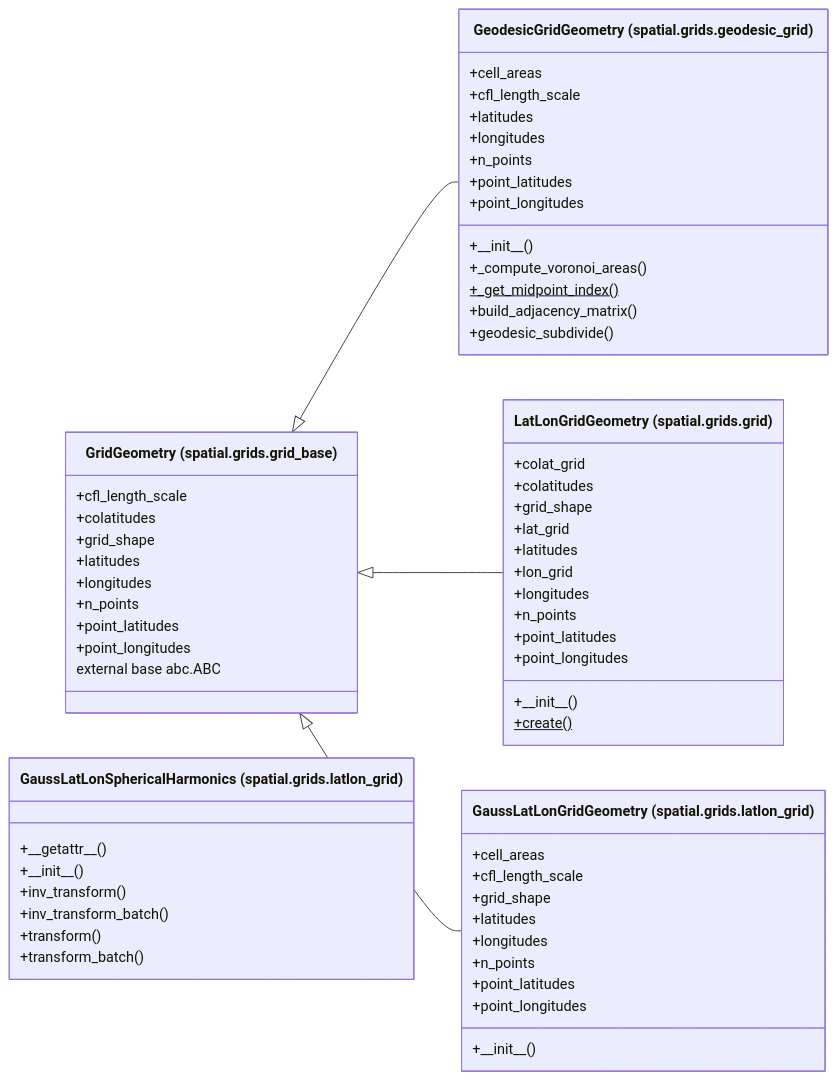
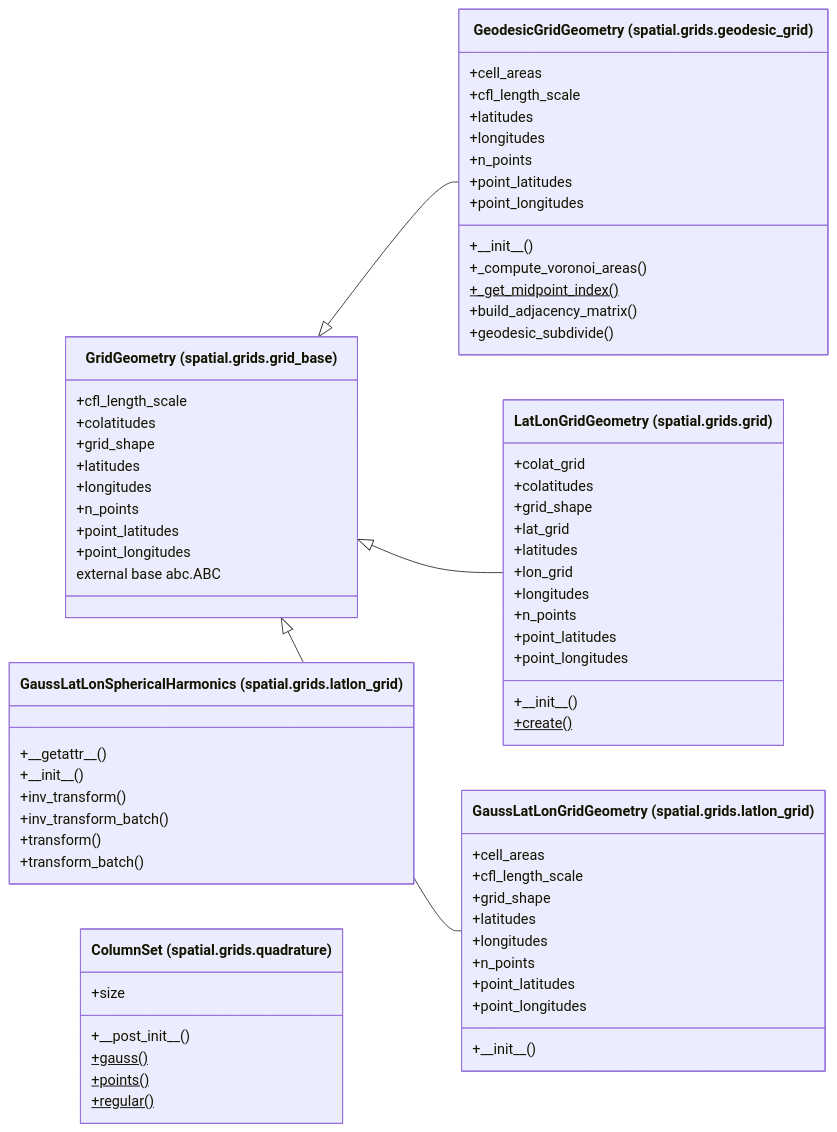
Before and after one commit to AlexandreEros/Palintropos: the second of 2 diagrams in docs/architecture/current/packages/tropoi.spatial.grids.md, drawn with Mermaid. The commit also changed other lines of this file and 47 other files, not shown here.

First line of the commit message:
Canonical horizontal quadrature and vertical meshes in the spatial layer (#76)

````diff
--- a/docs/architecture/current/packages/tropoi.spatial.grids.md
+++ b/docs/architecture/current/packages/tropoi.spatial.grids.md
@@ -72,62 +88,68 @@
 ```mermaid
 %% Generated by tools.architecture 2.3.0. Do not edit by hand.
 %% Classes of tropoi.spatial.grids
 classDiagram
     direction LR
     class c_tropoi_ospatial_ogrids_ogeodesic__grid_oGeodesicGridGeometry["GeodesicGridGeometry (spatial.grids.geodesic#95;grid)"]
     c_tropoi_ospatial_ogrids_ogeodesic__grid_oGeodesicGridGeometry : +#95;#95;init#95;#95;()
     c_tropoi_ospatial_ogrids_ogeodesic__grid_oGeodesicGridGeometry : +#95;compute#95;voronoi#95;areas()
     c_tropoi_ospatial_ogrids_ogeodesic__grid_oGeodesicGridGeometry : +#95;get#95;midpoint#95;index()$
     c_tropoi_ospatial_ogrids_ogeodesic__grid_oGeodesicGridGeometry : +build#95;adjacency#95;matrix()
     c_tropoi_ospatial_ogrids_ogeodesic__grid_oGeodesicGridGeometry : +cell#95;areas
     c_tropoi_ospatial_ogrids_ogeodesic__grid_oGeodesicGridGeometry : +cfl#95;length#95;scale
     c_tropoi_ospatial_ogrids_ogeodesic__grid_oGeodesicGridGeometry : +geodesic#95;subdivide()
     c_tropoi_ospatial_ogrids_ogeodesic__grid_oGeodesicGridGeometry : +latitudes
     c_tropoi_ospatial_ogrids_ogeodesic__grid_oGeodesicGridGeometry : +longitudes
     c_tropoi_ospatial_ogrids_ogeodesic__grid_oGeodesicGridGeometry : +n#95;points
     c_tropoi_ospatial_ogrids_ogeodesic__grid_oGeodesicGridGeometry : +point#95;latitudes
     c_tropoi_ospatial_ogrids_ogeodesic__grid_oGeodesicGridGeometry : +point#95;longitudes
     class c_tropoi_ospatial_ogrids_ogrid_oLatLonGridGeometry["LatLonGridGeometry (spatial.grids.grid)"]
     c_tropoi_ospatial_ogrids_ogrid_oLatLonGridGeometry : +#95;#95;init#95;#95;()
     c_tropoi_ospatial_ogrids_ogrid_oLatLonGridGeometry : +colat#95;grid
     c_tropoi_ospatial_ogrids_ogrid_oLatLonGridGeometry : +colatitudes
     c_tropoi_ospatial_ogrids_ogrid_oLatLonGridGeometry : +create()$
     c_tropoi_ospatial_ogrids_ogrid_oLatLonGridGeometry : +grid#95;shape
     c_tropoi_ospatial_ogrids_ogrid_oLatLonGridGeometry : +lat#95;grid
     c_tropoi_ospatial_ogrids_ogrid_oLatLonGridGeometry : +latitudes
     c_tropoi_ospatial_ogrids_ogrid_oLatLonGridGeometry : +lon#95;grid
     c_tropoi_ospatial_ogrids_ogrid_oLatLonGridGeometry : +longitudes
     c_tropoi_ospatial_ogrids_ogrid_oLatLonGridGeometry : +n#95;points
     c_tropoi_ospatial_ogrids_ogrid_oLatLonGridGeometry : +point#95;latitudes
     c_tropoi_ospatial_ogrids_ogrid_oLatLonGridGeometry : +point#95;longitudes
     class c_tropoi_ospatial_ogrids_ogrid__base_oGridGeometry["GridGeometry (spatial.grids.grid#95;base)"]
     c_tropoi_ospatial_ogrids_ogrid__base_oGridGeometry : +cfl#95;length#95;scale
     c_tropoi_ospatial_ogrids_ogrid__base_oGridGeometry : +colatitudes
     c_tropoi_ospatial_ogrids_ogrid__base_oGridGeometry : +grid#95;shape
     c_tropoi_ospatial_ogrids_ogrid__base_oGridGeometry : +latitudes
     c_tropoi_ospatial_ogrids_ogrid__base_oGridGeometry : +longitudes
     c_tropoi_ospatial_ogrids_ogrid__base_oGridGeometry : +n#95;points
     c_tropoi_ospatial_ogrids_ogrid__base_oGridGeometry : +point#95;latitudes
     c_tropoi_ospatial_ogrids_ogrid__base_oGridGeometry : +point#95;longitudes
     c_tropoi_ospatial_ogrids_ogrid__base_oGridGeometry : external base abc.ABC
     class c_tropoi_ospatial_ogrids_olatlon__grid_oGaussLatLonGridGeometry["GaussLatLonGridGeometry (spatial.grids.latlon#95;grid)"]
     c_tropoi_ospatial_ogrids_olatlon__grid_oGaussLatLonGridGeometry : +#95;#95;init#95;#95;()
     c_tropoi_ospatial_ogrids_olatlon__grid_oGaussLatLonGridGeometry : +cell#95;areas
     c_tropoi_ospatial_ogrids_olatlon__grid_oGaussLatLonGridGeometry : +cfl#95;length#95;scale
     c_tropoi_ospatial_ogrids_olatlon__grid_oGaussLatLonGridGeometry : +grid#95;shape
     c_tropoi_ospatial_ogrids_olatlon__grid_oGaussLatLonGridGeometry : +latitudes
     c_tropoi_ospatial_ogrids_olatlon__grid_oGaussLatLonGridGeometry : +longitudes
     c_tropoi_ospatial_ogrids_olatlon__grid_oGaussLatLonGridGeometry : +n#95;points
     c_tropoi_ospatial_ogrids_olatlon__grid_oGaussLatLonGridGeometry : +point#95;latitudes
     c_tropoi_ospatial_ogrids_olatlon__grid_oGaussLatLonGridGeometry : +point#95;longitudes
     class c_tropoi_ospatial_ogrids_olatlon__grid_oGaussLatLonSphericalHarmonics["GaussLatLonSphericalHarmonics (spatial.grids.latlon#95;grid)"]
     c_tropoi_ospatial_ogrids_olatlon__grid_oGaussLatLonSphericalHarmonics : +#95;#95;getattr#95;#95;()
     c_tropoi_ospatial_ogrids_olatlon__grid_oGaussLatLonSphericalHarmonics : +#95;#95;init#95;#95;()
     c_tropoi_ospatial_ogrids_olatlon__grid_oGaussLatLonSphericalHarmonics : +inv#95;transform()
     c_tropoi_ospatial_ogrids_olatlon__grid_oGaussLatLonSphericalHarmonics : +inv#95;transform#95;batch()
     c_tropoi_ospatial_ogrids_olatlon__grid_oGaussLatLonSphericalHarmonics : +transform()
     c_tropoi_ospatial_ogrids_olatlon__grid_oGaussLatLonSphericalHarmonics : +transform#95;batch()
+    class c_tropoi_ospatial_ogrids_oquadrature_oColumnSet["ColumnSet (spatial.grids.quadrature)"]
+    c_tropoi_ospatial_ogrids_oquadrature_oColumnSet : +#95;#95;post#95;init#95;#95;()
+    c_tropoi_ospatial_ogrids_oquadrature_oColumnSet : +gauss()$
+    c_tropoi_ospatial_ogrids_oquadrature_oColumnSet : +points()$
+    c_tropoi_ospatial_ogrids_oquadrature_oColumnSet : +regular()$
+    c_tropoi_ospatial_ogrids_oquadrature_oColumnSet : +size
     c_tropoi_ospatial_ogrids_ogrid__base_oGridGeometry <|-- c_tropoi_ospatial_ogrids_ogeodesic__grid_oGeodesicGridGeometry
     c_tropoi_ospatial_ogrids_ogrid__base_oGridGeometry <|-- c_tropoi_ospatial_ogrids_ogrid_oLatLonGridGeometry
     c_tropoi_ospatial_ogrids_ogrid__base_oGridGeometry <|-- c_tropoi_ospatial_ogrids_olatlon__grid_oGaussLatLonGridGeometry
 ```
````
